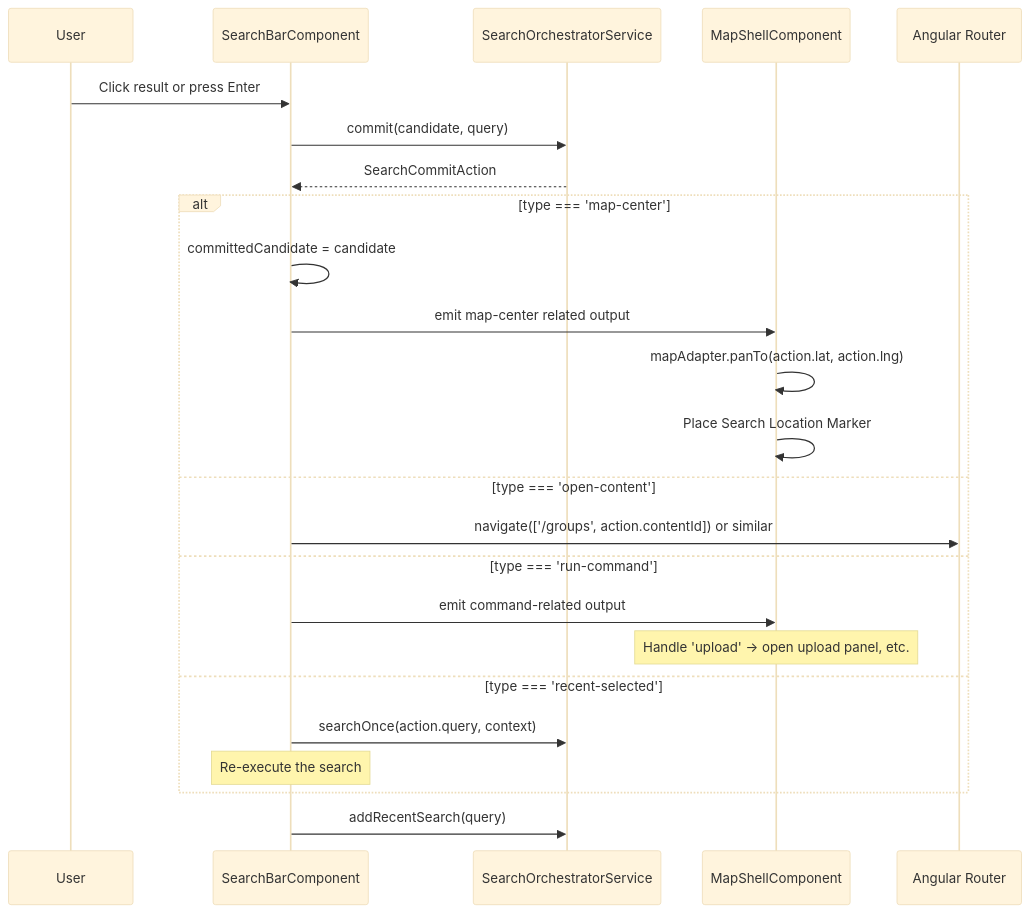
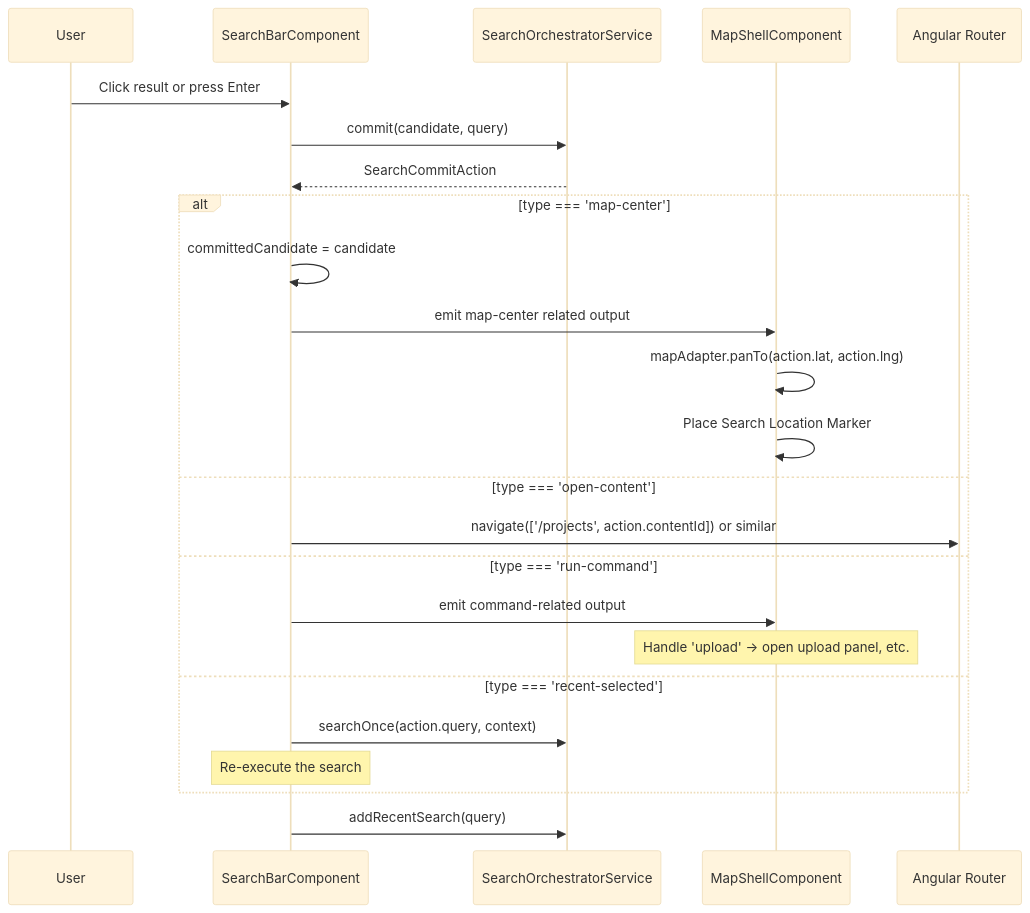
The second of 3 diagrams in docs/implementation-blueprints/search-bar.md (matkleve/feldpost), drawn with Mermaid (base theme) before and after one commit. The commit also changed 29 other files, not shown here.

First line of the commit message:
refactor: replace Groups page with Projects page and update related components

````diff
--- a/docs/implementation-blueprints/search-bar.md
+++ b/docs/implementation-blueprints/search-bar.md
@@ -67,29 +67,29 @@
 ```mermaid
 sequenceDiagram
     participant User
     participant SB as SearchBarComponent
     participant Orch as SearchOrchestratorService
     participant MapShell as MapShellComponent
     participant Router as Angular Router
 
     User->>SB: Click result or press Enter
     SB->>Orch: commit(candidate, query)
     Orch-->>SB: SearchCommitAction
 
     alt type === 'map-center'
         SB->>SB: committedCandidate = candidate
         SB->>MapShell: emit map-center related output
         MapShell->>MapShell: mapAdapter.panTo(action.lat, action.lng)
         MapShell->>MapShell: Place Search Location Marker
     else type === 'open-content'
-        SB->>Router: navigate(['/groups', action.contentId]) or similar
+      SB->>Router: navigate(['/projects', action.contentId]) or similar
     else type === 'run-command'
         SB->>MapShell: emit command-related output
         Note over MapShell: Handle 'upload' → open upload panel, etc.
     else type === 'recent-selected'
         SB->>Orch: searchOnce(action.query, context)
         Note over SB: Re-execute the search
     end
 
     SB->>Orch: addRecentSearch(query)
 ```
````
